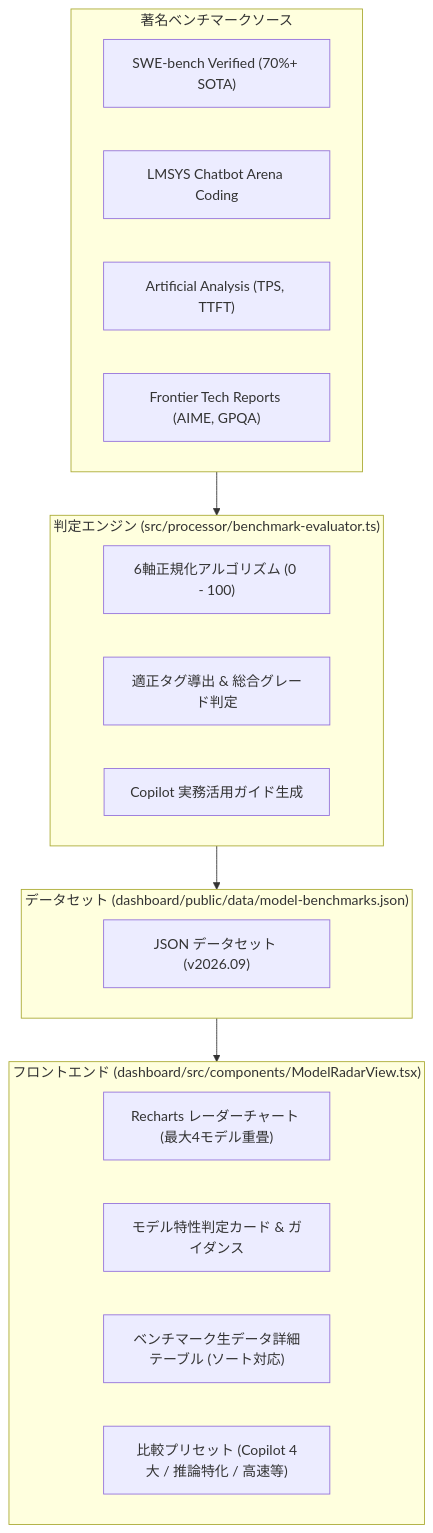
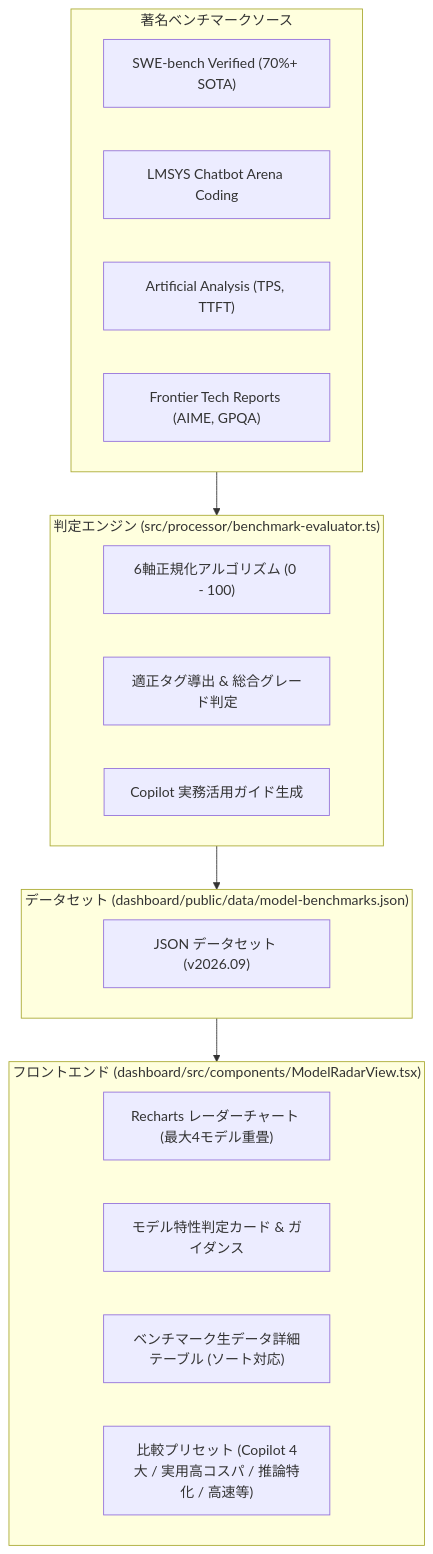
One commit to sun-flat-yamada/github-copilot-dashboard changed the diagram in docs/specifications/10_ai_model_benchmark_radar_spec.md. Above: the diagram before and after it, drawn with Mermaid. The commit also changed other lines of this file and 2 other files, not shown here.

First line of the commit message:
feat(radar): add practical-high-value comparison preset

````diff
--- a/docs/specifications/10_ai_model_benchmark_radar_spec.md
+++ b/docs/specifications/10_ai_model_benchmark_radar_spec.md
@@ -25,30 +25,30 @@
 ```mermaid
 flowchart TD
     subgraph Sources["著名ベンチマークソース"]
         SWE["SWE-bench Verified (70%+ SOTA)"]
         Arena["LMSYS Chatbot Arena Coding"]
         AA["Artificial Analysis (TPS, TTFT)"]
         Paper["Frontier Tech Reports (AIME, GPQA)"]
     end
 
     subgraph Evaluator["判定エンジン (src/processor/benchmark-evaluator.ts)"]
         Norm["6軸正規化アルゴリズム (0 - 100)"]
         Tag["適正タグ導出 & 総合グレード判定"]
         Guide["Copilot 実務活用ガイド生成"]
     end
 
     subgraph Storage["データセット (dashboard/public/data/model-benchmarks.json)"]
         JSON["JSON データセット (v2026.09)"]
     end
 
     subgraph UI["フロントエンド (dashboard/src/components/ModelRadarView.tsx)"]
         Chart["Recharts レーダーチャート (最大4モデル重畳)"]
         Cards["モデル特性判定カード & ガイダンス"]
         Table["ベンチマーク生データ詳細テーブル (ソート対応)"]
-        Preset["比較プリセット (Copilot 4大 / 推論特化 / 高速等)"]
+        Preset["比較プリセット (Copilot 4大 / 実用高コスパ / 推論特化 / 高速等)"]
     end
 
     Sources --> Evaluator
     Evaluator --> Storage
     Storage --> UI
 ```
````
